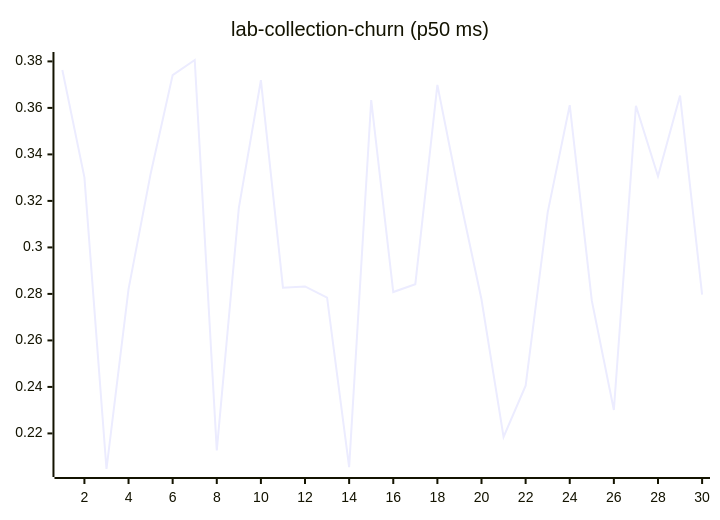
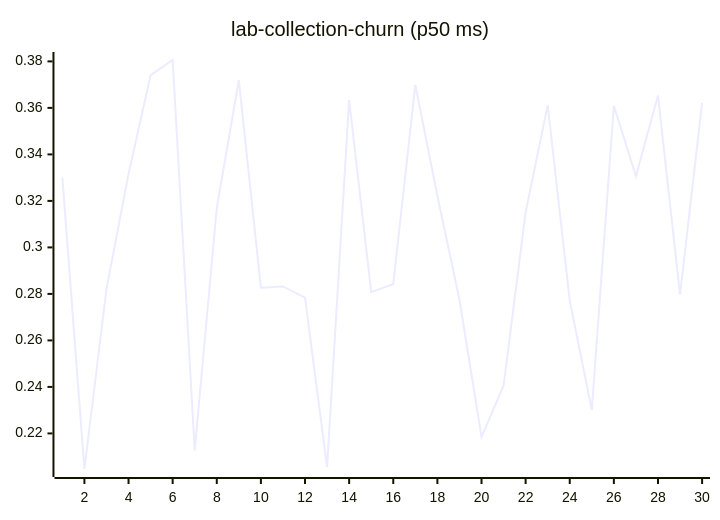
One commit to josha/Facet changed diagram 11 of 27 in README.md. Above: the diagram before and after it, drawn with Mermaid. The commit also changed other lines of this file and 2 other files, not shown here.

````diff
--- a/README.md
+++ b/README.md
@@ -133,6 +133,6 @@
 ```mermaid
 xychart-beta
     title "lab-collection-churn (p50 ms)"
     x-axis 1 --> 30
-    line [0.3763, 0.3301, 0.2047, 0.2821, 0.3316, 0.3741, 0.3806, 0.2127, 0.3170, 0.3719, 0.2827, 0.2832, 0.2784, 0.2055, 0.3634, 0.2808, 0.2842, 0.3699, 0.3221, 0.2776, 0.2185, 0.2405, 0.3151, 0.3612, 0.2771, 0.2301, 0.3609, 0.3306, 0.3653, 0.2797]
+    line [0.3301, 0.2047, 0.2821, 0.3316, 0.3741, 0.3806, 0.2127, 0.3170, 0.3719, 0.2827, 0.2832, 0.2784, 0.2055, 0.3634, 0.2808, 0.2842, 0.3699, 0.3221, 0.2776, 0.2185, 0.2405, 0.3151, 0.3612, 0.2771, 0.2301, 0.3609, 0.3306, 0.3653, 0.2797, 0.3622]
 ```
````
